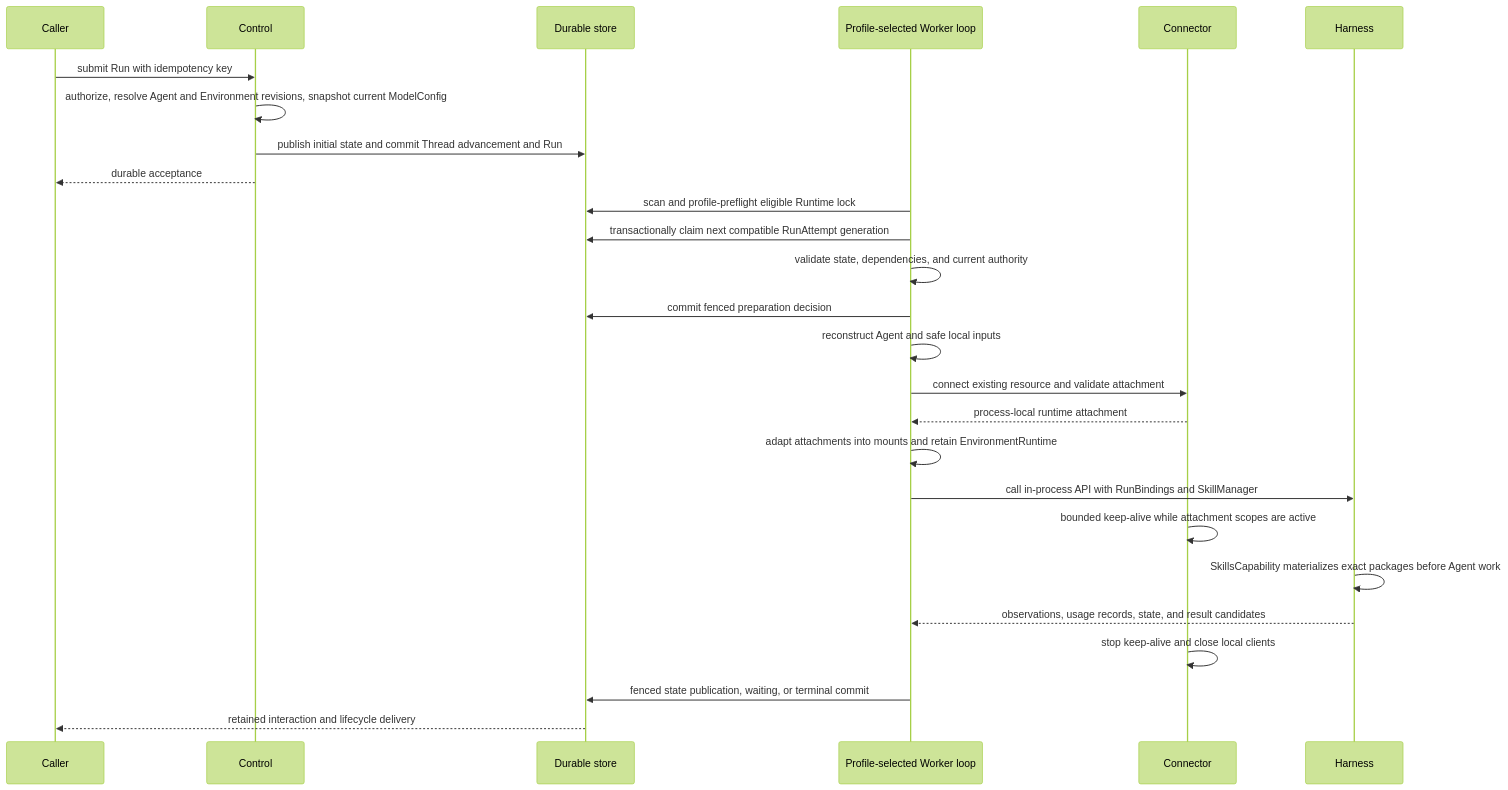
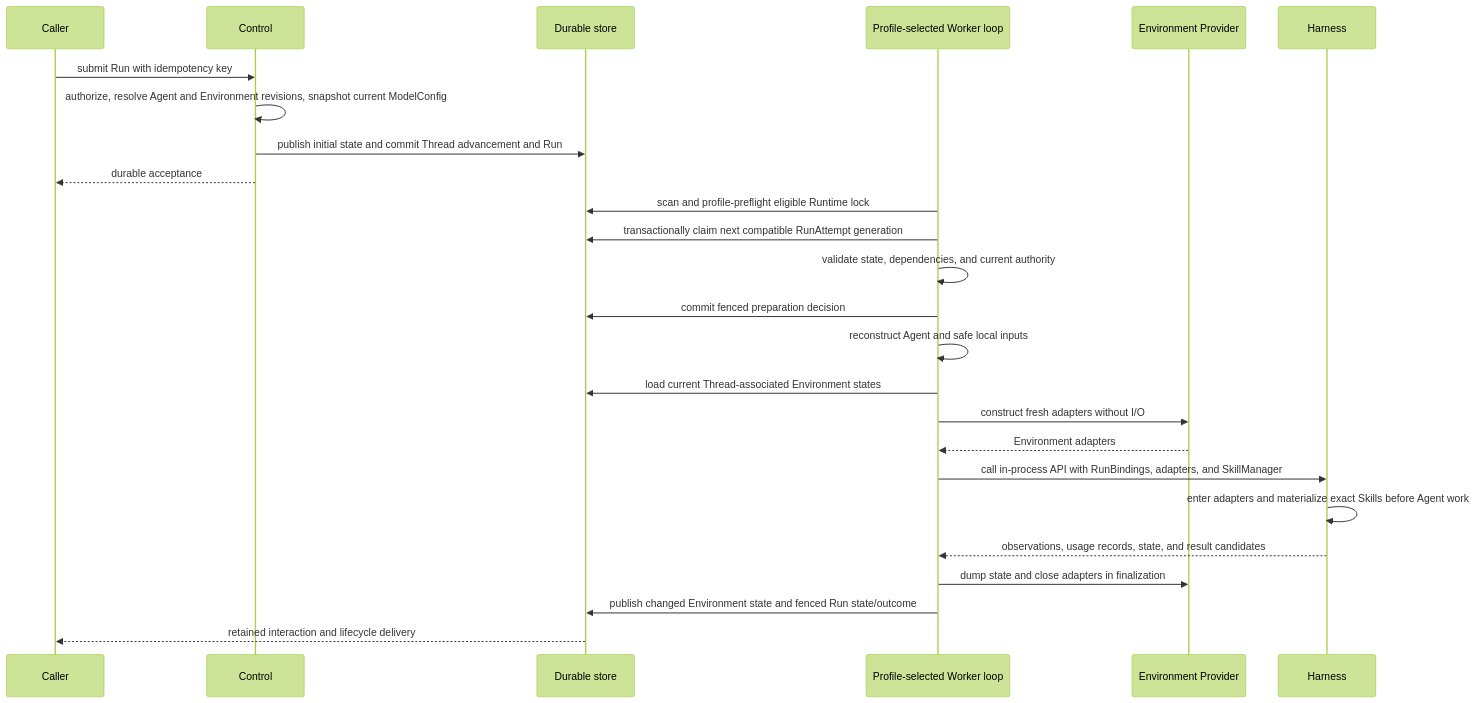
Before and after one commit to LTThreeComma/agent-foundation: the second of 3 diagrams in spec/foundation-service/00-overview.md, drawn with Mermaid (forest theme). The commit also changed other lines of this file and 188 other files, not shown here.

First line of the commit message:
feat(harness): rework environment and host ownership (#82)

````diff
--- a/spec/foundation-service/00-overview.md
+++ b/spec/foundation-service/00-overview.md
@@ -141,29 +142,28 @@
 ```mermaid
 sequenceDiagram
     participant Caller
     participant Control
     participant DB as Durable store
     participant Worker as Profile-selected Worker loop
-    participant Connector
+    participant Provider as Environment Provider
     participant Harness
 
     Caller->>Control: submit Run with idempotency key
     Control->>Control: authorize, resolve Agent and Environment revisions, snapshot current ModelConfig
     Control->>DB: publish initial state and commit Thread advancement and Run
     Control-->>Caller: durable acceptance
     Worker->>DB: scan and profile-preflight eligible Runtime lock
     Worker->>DB: transactionally claim next compatible RunAttempt generation
     Worker->>Worker: validate state, dependencies, and current authority
     Worker->>DB: commit fenced preparation decision
     Worker->>Worker: reconstruct Agent and safe local inputs
-    Worker->>Connector: connect existing resource and validate attachment
-    Connector-->>Worker: process-local runtime attachment
-    Worker->>Worker: adapt attachments into mounts and retain EnvironmentRuntime
-    Worker->>Harness: call in-process API with RunBindings and SkillManager
-    Connector->>Connector: bounded keep-alive while attachment scopes are active
-    Harness->>Harness: SkillsCapability materializes exact packages before Agent work
+    Worker->>DB: load current Thread-associated Environment states
+    Worker->>Provider: construct fresh adapters without I/O
+    Provider-->>Worker: Environment adapters
+    Worker->>Harness: call in-process API with RunBindings, adapters, and SkillManager
+    Harness->>Harness: enter adapters and materialize exact Skills before Agent work
     Harness-->>Worker: observations, usage records, state, and result candidates
-    Connector->>Connector: stop keep-alive and close local clients
-    Worker->>DB: fenced state publication, waiting, or terminal commit
+    Worker->>Provider: dump state and close adapters in finalization
+    Worker->>DB: publish changed Environment state and fenced Run state/outcome
     DB-->>Caller: retained interaction and lifecycle delivery
 ```
````
